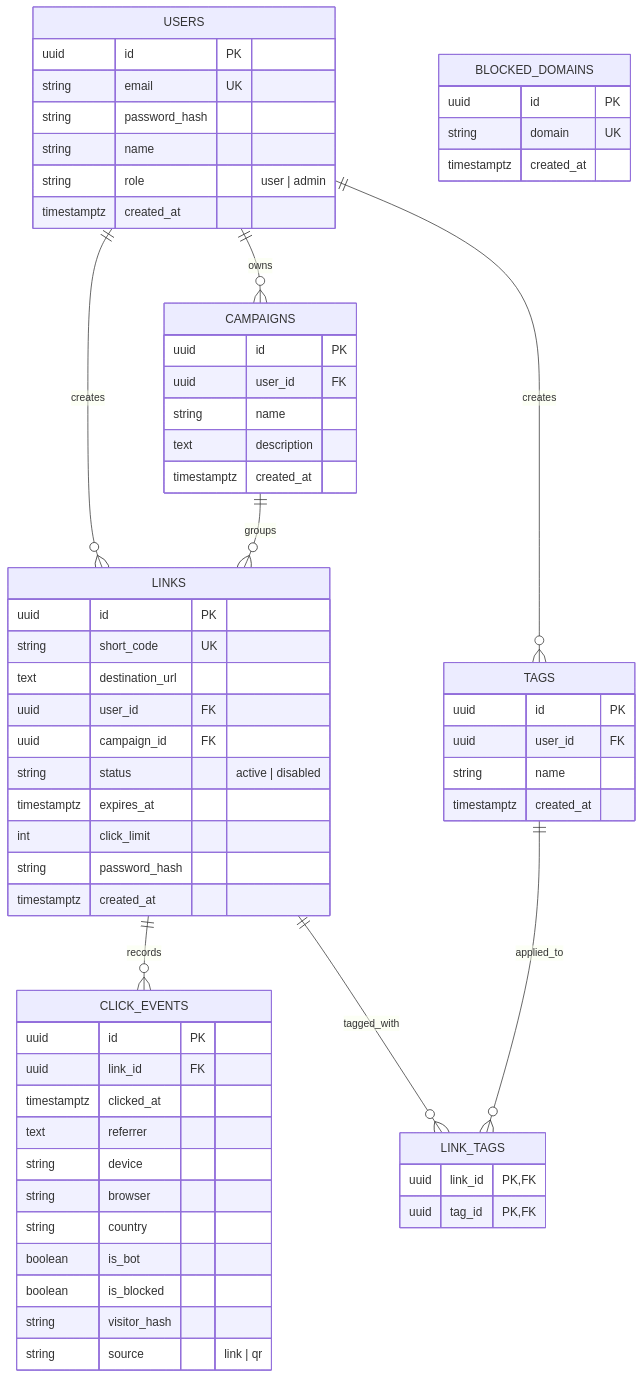
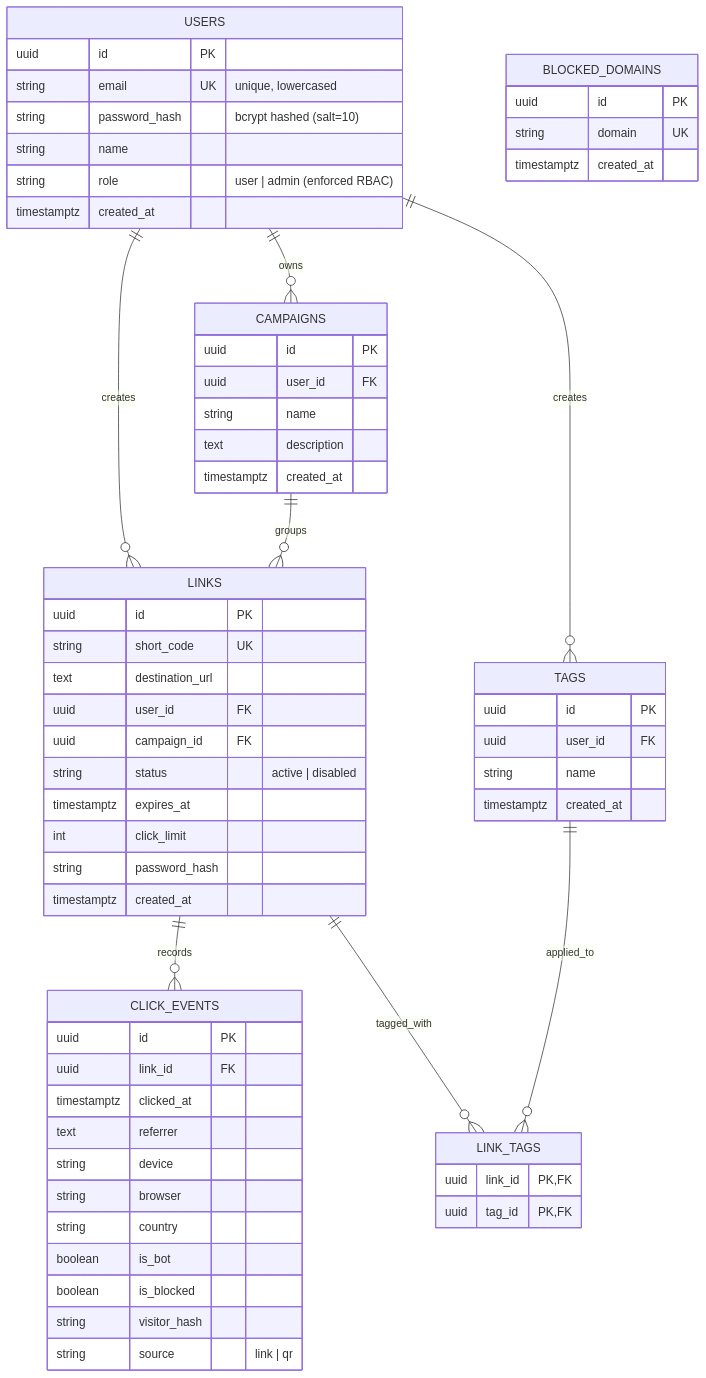
Before and after one commit to SakshamPantola/LinkPulse: the fourth of 4 diagrams in README.md, drawn with Mermaid. The commit also changed other lines of this file, not shown here.

Commit message:
docs: update system architecture, DFDs, ERD, and security docs with RBAC

````diff
--- a/README.md
+++ b/README.md
@@ -175,72 +184,72 @@
 ```mermaid
 erDiagram
     USERS ||--o{ LINKS : "creates"
     USERS ||--o{ CAMPAIGNS : "owns"
     USERS ||--o{ TAGS : "creates"
     CAMPAIGNS ||--o{ LINKS : "groups"
     LINKS ||--o{ CLICK_EVENTS : "records"
     LINKS ||--o{ LINK_TAGS : "tagged_with"
     TAGS ||--o{ LINK_TAGS : "applied_to"
 
     USERS {
         uuid id PK
-        string email UK
-        string password_hash
+        string email UK "unique, lowercased"
+        string password_hash "bcrypt hashed (salt=10)"
         string name
-        string role "user | admin"
+        string role "user | admin (enforced RBAC)"
         timestamptz created_at
     }
 
     CAMPAIGNS {
         uuid id PK
         uuid user_id FK
         string name
         text description
         timestamptz created_at
     }
 
     LINKS {
         uuid id PK
         string short_code UK
         text destination_url
         uuid user_id FK
         uuid campaign_id FK
         string status "active | disabled"
         timestamptz expires_at
         int click_limit
         string password_hash
         timestamptz created_at
     }
 
     TAGS {
         uuid id PK
         uuid user_id FK
         string name
         timestamptz created_at
     }
 
     LINK_TAGS {
         uuid link_id PK,FK
         uuid tag_id PK,FK
     }
 
     CLICK_EVENTS {
         uuid id PK
         uuid link_id FK
         timestamptz clicked_at
         text referrer
         string device
         string browser
         string country
         boolean is_bot
         boolean is_blocked
         string visitor_hash
         string source "link | qr"
     }
 
     BLOCKED_DOMAINS {
         uuid id PK
         string domain UK
         timestamptz created_at
     }
 ```
````
